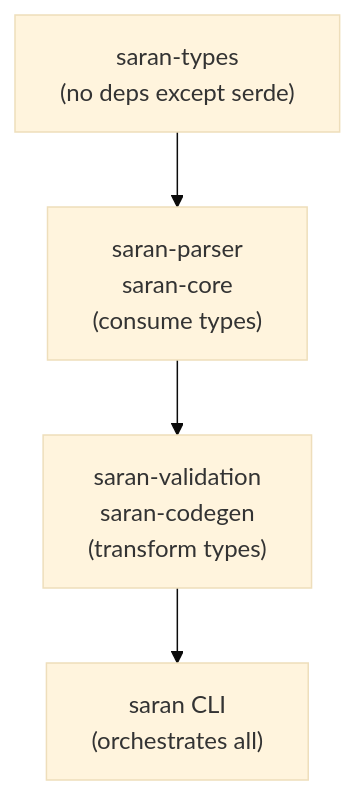
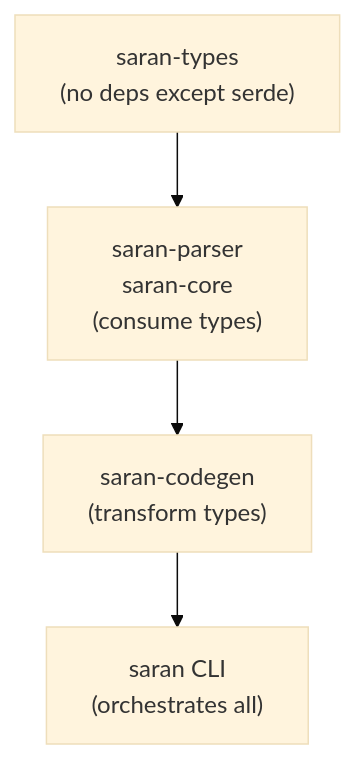
The diagram in crates/saran-types/README.md (dsillman2000/saran), drawn with Mermaid (base theme) before and after one commit. The commit also changed other lines of this file and 7 other files, not shown here.

Commit message:
refactor: remove saran-validation crate and update related documentation

````diff
--- a/crates/saran-types/README.md
+++ b/crates/saran-types/README.md
@@ -31,11 +30,11 @@
 ```mermaid
 graph TD
     A["saran-types<br/>(no deps except serde)"]
     B["saran-parser<br/>saran-core<br/>(consume types)"]
-    C["saran-validation<br/>saran-codegen<br/>(transform types)"]
+    C["saran-codegen<br/>(transform types)"]
     D["saran CLI<br/>(orchestrates all)"]
 
     A --> B
     B --> C
     C --> D
 ```
````
